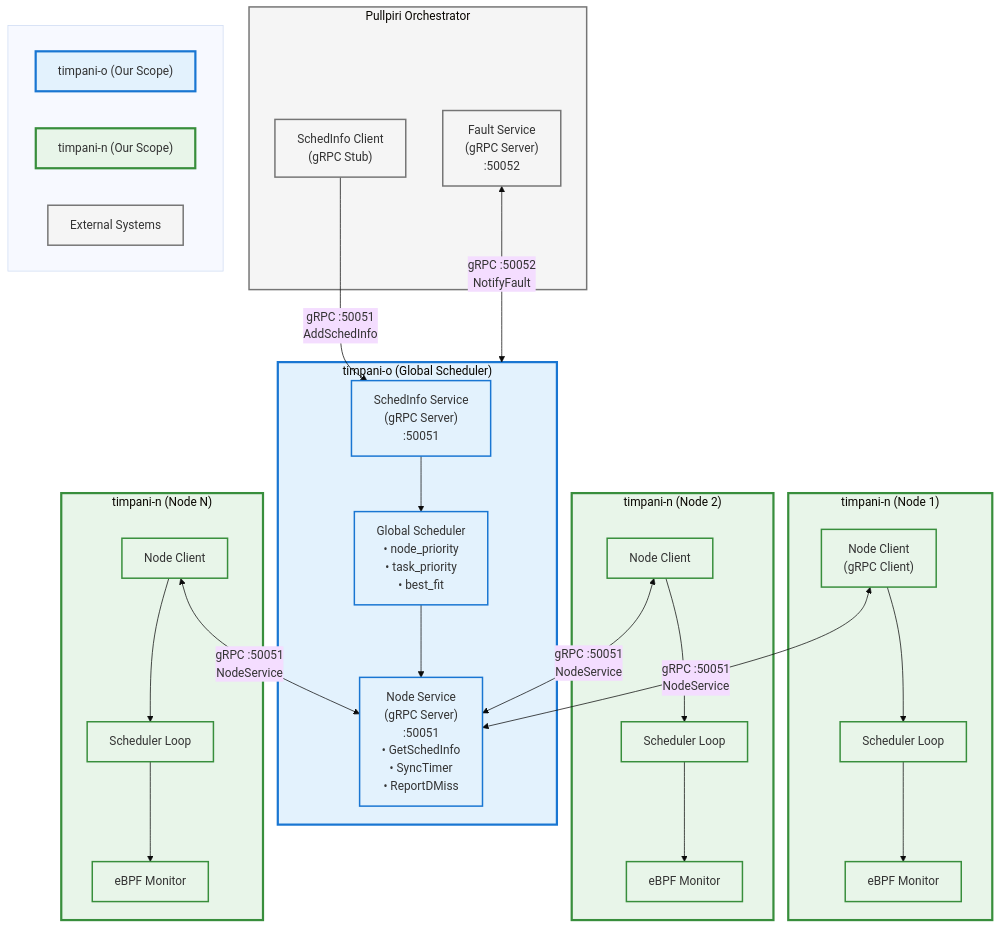
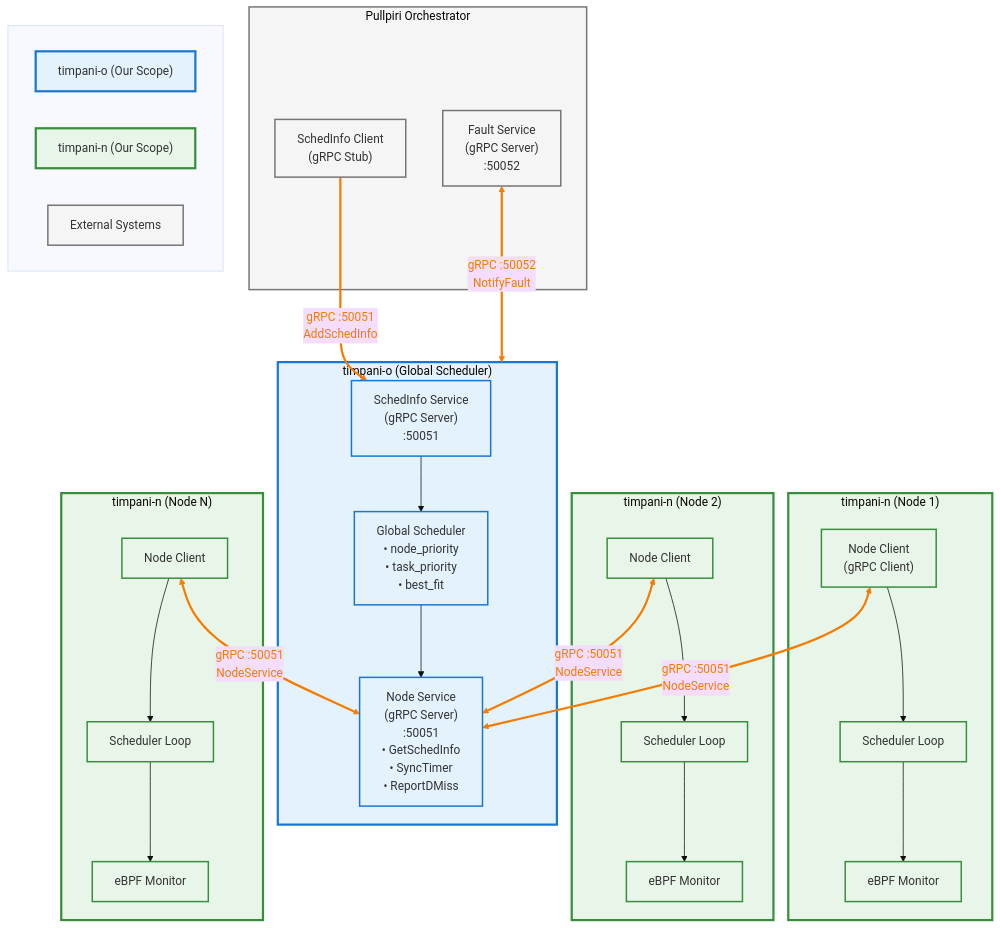
Before and after one commit to akshaylg0314/timpani-akshay: the third of 9 diagrams in doc/architecture/HLD/timpani_rust_grpc_architecture.md, drawn with Mermaid (base theme). The commit also changed other lines of this file, not shown here.

Commit message:
docs: enhance architecture diagrams with improved link styles for clarity

````diff
--- a/doc/architecture/HLD/timpani_rust_grpc_architecture.md
+++ b/doc/architecture/HLD/timpani_rust_grpc_architecture.md
@@ -182,79 +184,81 @@
 ```mermaid
 graph TB
     subgraph PullpiriSystem["Pullpiri Orchestrator"]
         SchedInfoClient["SchedInfo Client<br/>(gRPC Stub)"]
         FaultServer["Fault Service<br/>(gRPC Server)<br/>:50052"]
     end
 
     subgraph TimpaniO["timpani-o (Global Scheduler)"]
         SchedInfoSvc["SchedInfo Service<br/>(gRPC Server)<br/>:50051"]
         GlobalSched["Global Scheduler<br/>• node_priority<br/>• task_priority<br/>• best_fit"]
         NodeSvc["Node Service<br/>(gRPC Server)<br/>:50051<br/>• GetSchedInfo<br/>• SyncTimer<br/>• ReportDMiss"]
 
         SchedInfoSvc --> GlobalSched
         GlobalSched --> NodeSvc
     end
 
     subgraph Node1["timpani-n (Node 1)"]
         NodeClient1["Node Client<br/>(gRPC Client)"]
         SchedLoop1["Scheduler Loop"]
         BPF1["eBPF Monitor"]
 
         NodeClient1 --> SchedLoop1
         SchedLoop1 --> BPF1
     end
 
     subgraph Node2["timpani-n (Node 2)"]
         NodeClient2["Node Client"]
         SchedLoop2["Scheduler Loop"]
         BPF2["eBPF Monitor"]
 
         NodeClient2 --> SchedLoop2
         SchedLoop2 --> BPF2
     end
 
     subgraph NodeN["timpani-n (Node N)"]
         NodeClientN["Node Client"]
         SchedLoopN["Scheduler Loop"]
         BPFN["eBPF Monitor"]
 
         NodeClientN --> SchedLoopN
         SchedLoopN --> BPFN
     end
 
     subgraph Legend[" "]
         L1["timpani-o (Our Scope)"]
         L2["timpani-n (Our Scope)"]
         L3["External Systems"]
     end
 
     SchedInfoClient -->|"gRPC :50051<br/>AddSchedInfo"| SchedInfoSvc
     FaultServer <-->|"gRPC :50052<br/>NotifyFault"| TimpaniO
 
     NodeClient1 <-->|"gRPC :50051<br/>NodeService"| NodeSvc
     NodeClient2 <-->|"gRPC :50051<br/>NodeService"| NodeSvc
     NodeClientN <-->|"gRPC :50051<br/>NodeService"| NodeSvc
 
     style PullpiriSystem fill:#f5f5f5,stroke:#757575,stroke-width:2px
     style SchedInfoClient fill:#f5f5f5,stroke:#757575,stroke-width:2px
     style FaultServer fill:#f5f5f5,stroke:#757575,stroke-width:2px
     style TimpaniO fill:#e3f2fd,stroke:#1976d2,stroke-width:3px
     style SchedInfoSvc fill:#e3f2fd,stroke:#1976d2,stroke-width:2px
     style GlobalSched fill:#e3f2fd,stroke:#1976d2,stroke-width:2px
     style NodeSvc fill:#e3f2fd,stroke:#1976d2,stroke-width:2px
     style Node1 fill:#e8f5e9,stroke:#388e3c,stroke-width:3px
     style Node2 fill:#e8f5e9,stroke:#388e3c,stroke-width:3px
     style NodeN fill:#e8f5e9,stroke:#388e3c,stroke-width:3px
     style NodeClient1 fill:#e8f5e9,stroke:#388e3c,stroke-width:2px
     style SchedLoop1 fill:#e8f5e9,stroke:#388e3c,stroke-width:2px
     style BPF1 fill:#e8f5e9,stroke:#388e3c,stroke-width:2px
     style NodeClient2 fill:#e8f5e9,stroke:#388e3c,stroke-width:2px
     style SchedLoop2 fill:#e8f5e9,stroke:#388e3c,stroke-width:2px
     style BPF2 fill:#e8f5e9,stroke:#388e3c,stroke-width:2px
     style NodeClientN fill:#e8f5e9,stroke:#388e3c,stroke-width:2px
     style SchedLoopN fill:#e8f5e9,stroke:#388e3c,stroke-width:2px
     style BPFN fill:#e8f5e9,stroke:#388e3c,stroke-width:2px
     style L1 fill:#e3f2fd,stroke:#1976d2,stroke-width:3px
     style L2 fill:#e8f5e9,stroke:#388e3c,stroke-width:3px
     style L3 fill:#f5f5f5,stroke:#757575,stroke-width:2px
+
+    linkStyle 8,9,10,11,12 stroke:#f57c00,stroke-width:3px,color:#f57c00
 ```
````
